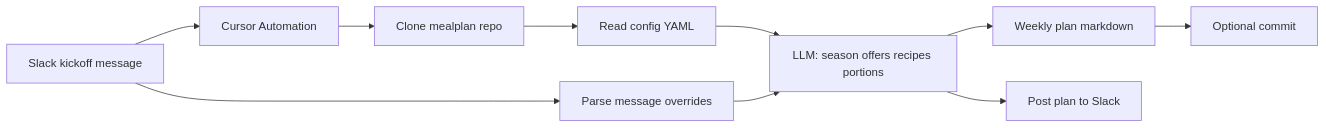
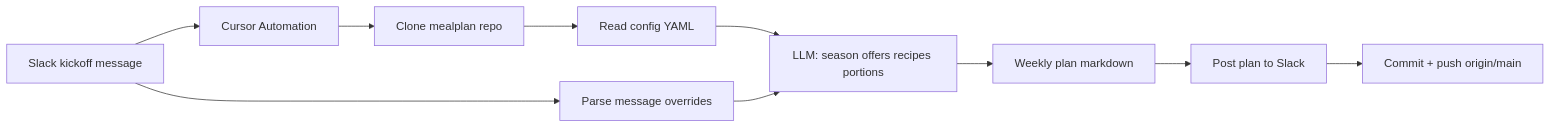
Before and after one commit to AlexTouvras/Orbit: the first of 3 diagrams in src/content/architecture/mealplan.mdx, drawn with Mermaid. The commit also changed other lines of this file and 10 other files, not shown here.

First line of the commit message:
Add ProjectBrain showcase: featured Write, portfolio card, and architecture page.

````diff
--- a/src/content/architecture/mealplan.mdx
+++ b/src/content/architecture/mealplan.mdx
@@ -41,12 +41,12 @@
 ```mermaid
 flowchart LR
   Msg[Slack kickoff message] --> CA[Cursor Automation]
   CA --> Repo[Clone mealplan repo]
   Repo --> Cfg[Read config YAML]
   Msg --> Over[Parse message overrides]
   Cfg --> Judge[LLM: season offers recipes portions]
   Over --> Judge
   Judge --> Out[Weekly plan markdown]
-  Judge --> Slack[Post plan to Slack]
-  Out --> Git[Optional commit]
+  Out --> Slack[Post plan to Slack]
+  Slack --> Git[Commit + push origin/main]
 ```
````
